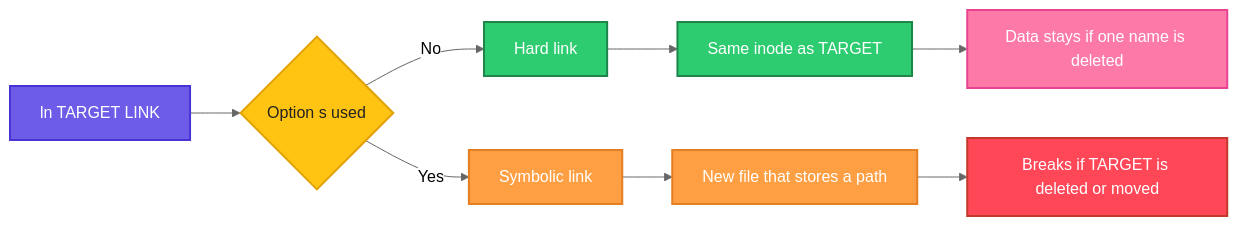
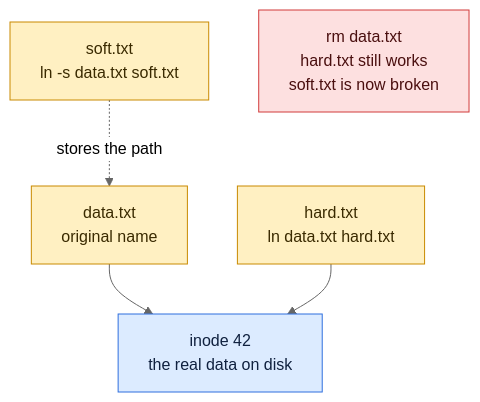
Before and after one commit to codeKerdosTech/DevOps-Documentation: the diagram in linux/file-management/ln.md, drawn with Mermaid (neutral theme). The commit also changed other lines of this file and 165 other files, not shown here.

Commit message:
updated diagrams in linux

````diff
--- a/linux/file-management/ln.md
+++ b/linux/file-management/ln.md
@@ -18,23 +18,15 @@
 ```mermaid
-flowchart LR
-    A[ln TARGET LINK] --> B{Option s used}
-    B -->|No| C[Hard link]
-    B -->|Yes| D[Symbolic link]
-    C --> E[Same inode as TARGET]
-    E --> F[Data stays if one name is deleted]
-    D --> G[New file that stores a path]
-    G --> H[Breaks if TARGET is deleted or moved]
-    classDef start fill:#6C5CE7,stroke:#4834D4,stroke-width:2px,color:#fff
-    classDef proc fill:#00B8D9,stroke:#0087A8,stroke-width:2px,color:#fff
-    classDef dec fill:#FFC312,stroke:#E1A100,stroke-width:2px,color:#222
-    classDef ok fill:#2ECC71,stroke:#1E8449,stroke-width:2px,color:#fff
-    classDef err fill:#FF4757,stroke:#C0392B,stroke-width:2px,color:#fff
-    classDef out fill:#FD79A8,stroke:#E84393,stroke-width:2px,color:#fff
-    classDef alt fill:#FF9F43,stroke:#E67E22,stroke-width:2px,color:#fff
-    class A start
-    class B dec
-    class C,E ok
-    class F out
-    class D,G alt
-    class H err
+flowchart TD
+    c1[data.txt<br/>original name] --> i1[inode 42<br/>the real data on disk]
+    c2[hard.txt<br/>ln data.txt hard.txt] --> i1
+    c3[soft.txt<br/>ln -s data.txt soft.txt] -.->|stores the path| c1
+    x1[rm data.txt<br/>hard.txt still works<br/>soft.txt is now broken]
+    classDef inp fill:#DCEBFF,stroke:#2F6FDE,color:#10213F
+    classDef cmd fill:#FFF0C2,stroke:#C98A00,color:#3A2A00
+    classDef out fill:#D9F5E3,stroke:#1F9D55,color:#0B2E1A
+    classDef bad fill:#FDE0E0,stroke:#D13B3B,color:#4A0F0F
+    classDef note fill:#ECEFF3,stroke:#7B8794,color:#1F2933
+    class c1,c2,c3 cmd
+    class i1 inp
+    class x1 bad
 ```
````
